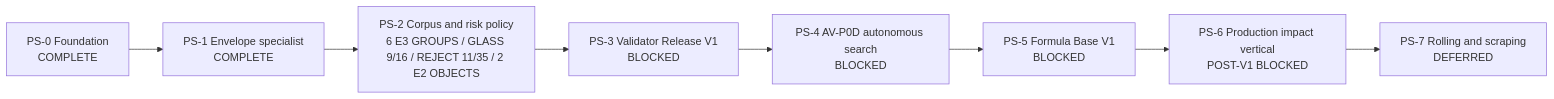
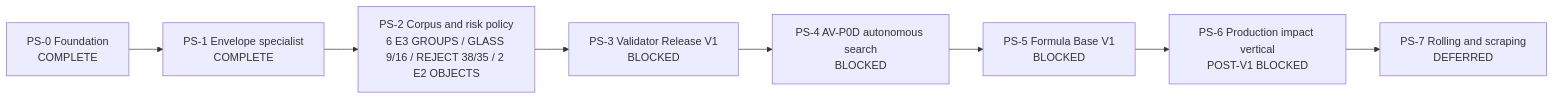
One commit to kaifaty/NextEngine changed the diagram in docs/plans/physical-sound-synthesis-roadmap.md. Above: the diagram before and after it, drawn with Mermaid. The commit also changed other lines of this file and 8 other files, not shown here.

````diff
--- a/docs/plans/physical-sound-synthesis-roadmap.md
+++ b/docs/plans/physical-sound-synthesis-roadmap.md
@@ -94,10 +94,10 @@
 ```mermaid
 flowchart LR
     PS0["PS-0 Foundation<br/>COMPLETE"] --> PS1["PS-1 Envelope specialist<br/>COMPLETE"]
-    PS1 --> PS2["PS-2 Corpus and risk policy<br/>6 E3 GROUPS / GLASS 9/16 / REJECT 11/35 / 2 E2 OBJECTS"]
+    PS1 --> PS2["PS-2 Corpus and risk policy<br/>6 E3 GROUPS / GLASS 9/16 / REJECT 38/35 / 2 E2 OBJECTS"]
     PS2 --> PS3["PS-3 Validator Release V1<br/>BLOCKED"]
     PS3 --> PS4["PS-4 AV-P0D autonomous search<br/>BLOCKED"]
     PS4 --> PS5["PS-5 Formula Base V1<br/>BLOCKED"]
     PS5 --> PS6["PS-6 Production impact vertical<br/>POST-V1 BLOCKED"]
     PS6 --> PS7["PS-7 Rolling and scraping<br/>DEFERRED"]
 ```
````
